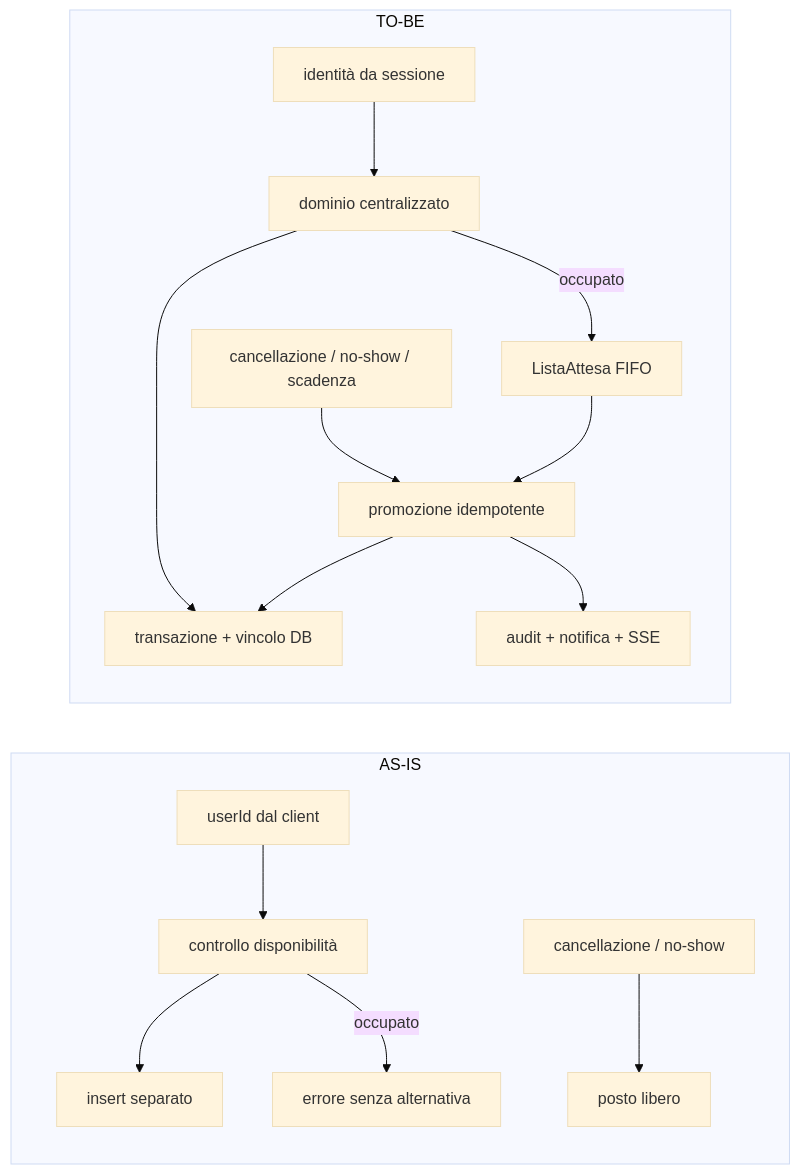
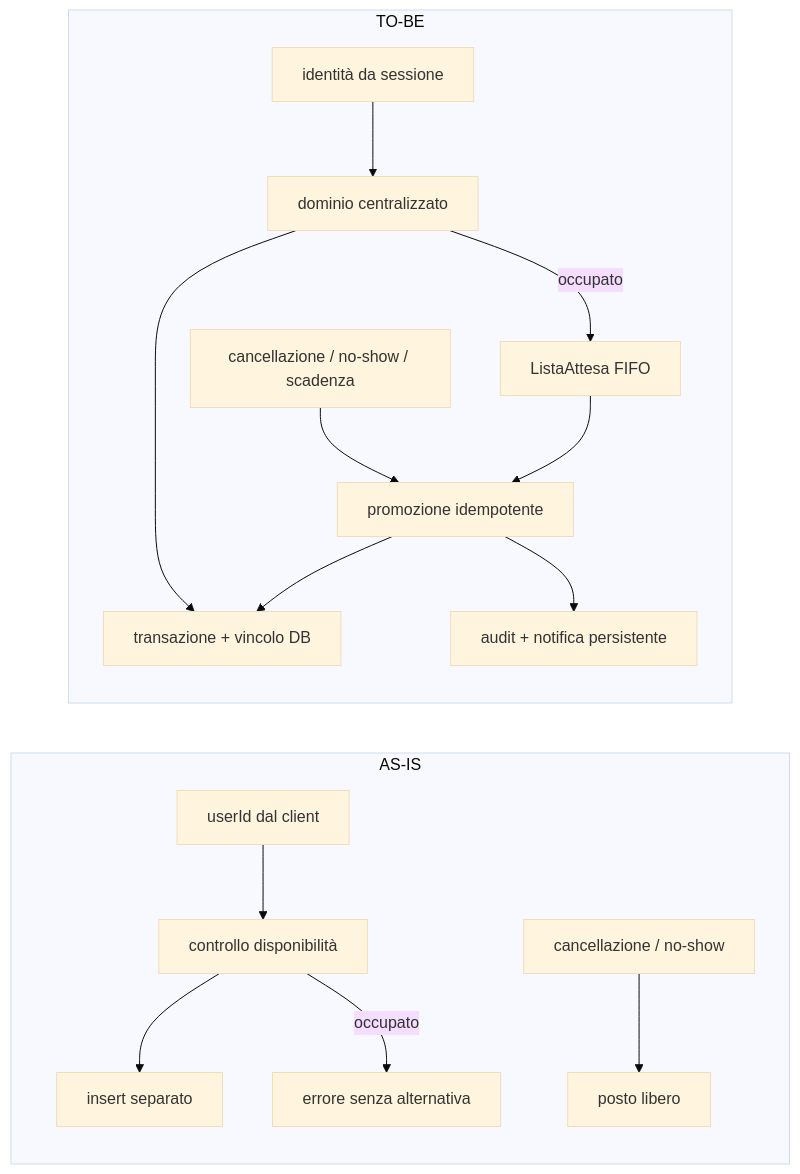
The diagram in docs/diagrammi/confronto-prenotazioni-as-is-to-be.md (mariocelzo/biblioflow-app), drawn with Mermaid (base theme) before and after one commit. The commit also changed other lines of this file and 64 other files, not shown here.

````diff
--- a/docs/diagrammi/confronto-prenotazioni-as-is-to-be.md
+++ b/docs/diagrammi/confronto-prenotazioni-as-is-to-be.md
@@ -35,19 +35,19 @@
 ```mermaid
 flowchart LR
     subgraph ASIS["AS-IS"]
         A1["userId dal client"] --> A2["controllo disponibilità"]
         A2 --> A3["insert separato"]
         A2 -->|"occupato"| A4["errore senza alternativa"]
         A5["cancellazione / no-show"] --> A6["posto libero"]
     end
 
     subgraph TOBE["TO-BE"]
         B1["identità da sessione"] --> B2["dominio centralizzato"]
         B2 --> B3["transazione + vincolo DB"]
         B2 -->|"occupato"| B4["ListaAttesa FIFO"]
         B5["cancellazione / no-show / scadenza"] --> B6["promozione idempotente"]
         B6 --> B3
         B4 --> B6
-        B6 --> B7["audit + notifica + SSE"]
+        B6 --> B7["audit + notifica persistente"]
     end
 ```
````
